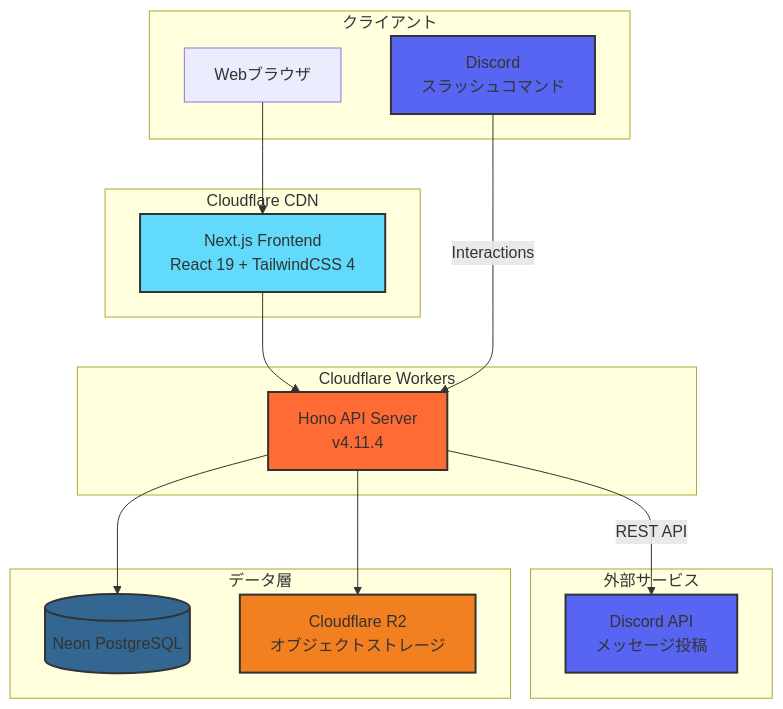
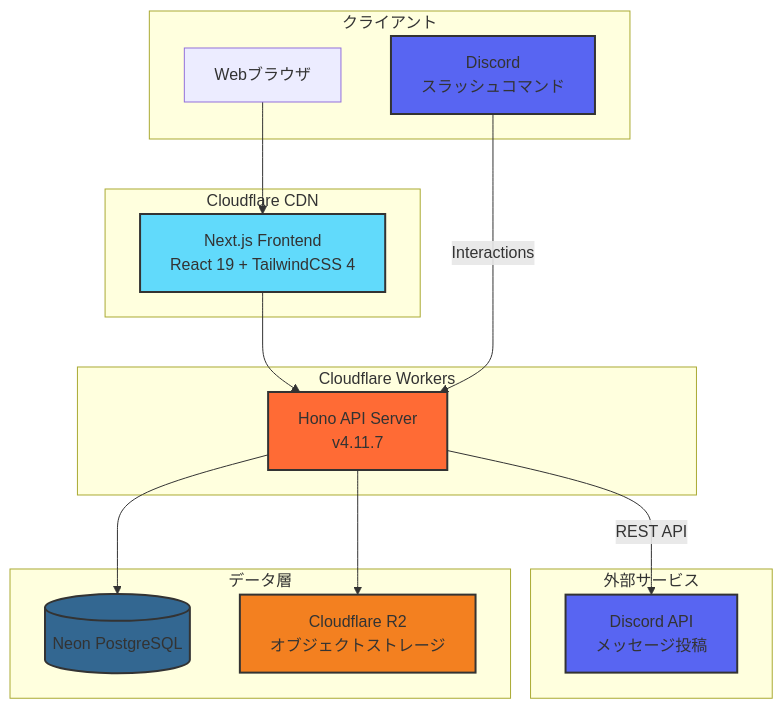
One commit to ProjectEuropa/Europa changed the first of 4 diagrams in README.md. Above: the diagram before and after it, drawn with Mermaid. The commit also changed other lines of this file and 3 other files, not shown here.

````diff
--- a/README.md
+++ b/README.md
@@ -9,38 +9,38 @@
 ```mermaid
 graph TB
     subgraph "クライアント"
         Browser[Webブラウザ]
         Discord[Discord<br/>スラッシュコマンド]
     end
 
     subgraph "Cloudflare CDN"
         Frontend[Next.js Frontend<br/>React 19 + TailwindCSS 4]
     end
 
     subgraph "Cloudflare Workers"
-        API[Hono API Server<br/>v4.11.4]
+        API[Hono API Server<br/>v4.11.7]
     end
 
     subgraph "外部サービス"
         DiscordAPI[Discord API<br/>メッセージ投稿]
     end
 
     subgraph "データ層"
         DB[(Neon PostgreSQL)]
         R2[Cloudflare R2<br/>オブジェクトストレージ]
     end
 
     Browser --> Frontend
     Frontend --> API
     Discord -->|Interactions| API
     API --> DB
     API --> R2
     API -->|REST API| DiscordAPI
 
     style Frontend fill:#61dafb,stroke:#333,stroke-width:2px
     style API fill:#ff6b35,stroke:#333,stroke-width:2px
     style DB fill:#336791,stroke:#333,stroke-width:2px
     style R2 fill:#f38020,stroke:#333,stroke-width:2px
     style Discord fill:#5865F2,stroke:#333,stroke-width:2px
     style DiscordAPI fill:#5865F2,stroke:#333,stroke-width:2px
 ```
````
